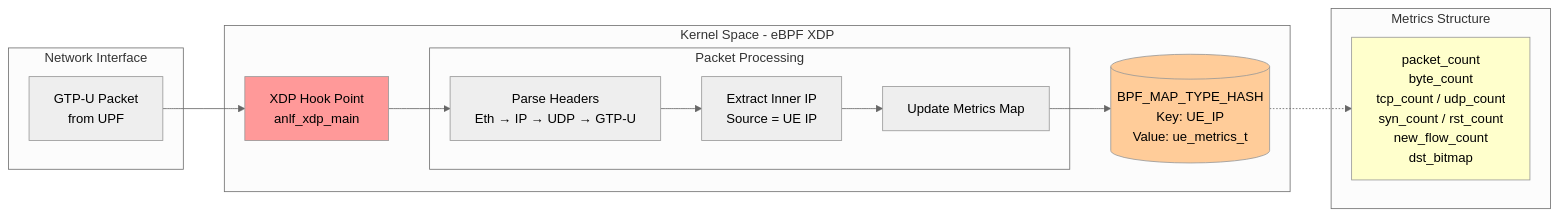
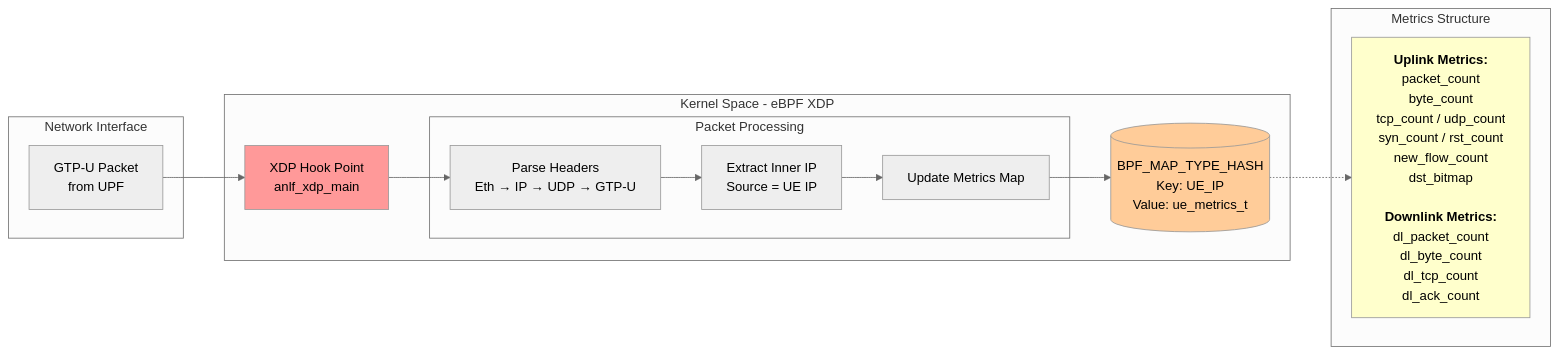
The third of 8 diagrams in docs/architecture.md (ian-cs12-NYCU/AnLF), drawn with Mermaid before and after one commit. The commit also changed other lines of this file and 17 other files, not shown here.

````diff
--- a/docs/architecture.md
+++ b/docs/architecture.md
@@ -188,34 +188,34 @@
 ```mermaid
 %%{init: {'theme':'neutral'}}%%
 graph LR
     subgraph "Network Interface"
         Packet[GTP-U Packet<br/>from UPF]
     end
     
     subgraph "Kernel Space - eBPF XDP"
         XDP[XDP Hook Point<br/>anlf_xdp_main]
         
         subgraph "Packet Processing"
             Parse[Parse Headers<br/>Eth → IP → UDP → GTP-U]
             Extract[Extract Inner IP<br/>Source = UE IP]
             Update[Update Metrics Map]
         end
         
         Map[(BPF_MAP_TYPE_HASH<br/>Key: UE_IP<br/>Value: ue_metrics_t)]
     end
     
     subgraph "Metrics Structure"
-        Metrics["packet_count<br/>byte_count<br/>tcp_count / udp_count<br/>syn_count / rst_count<br/>new_flow_count<br/>dst_bitmap"]
+        Metrics["<b>Uplink Metrics:</b><br/>packet_count<br/>byte_count<br/>tcp_count / udp_count<br/>syn_count / rst_count<br/>new_flow_count<br/>dst_bitmap<br/><br/><b>Downlink Metrics:</b><br/>dl_packet_count<br/>dl_byte_count<br/>dl_tcp_count<br/>dl_ack_count"]
     end
     
     Packet --> XDP
     XDP --> Parse
     Parse --> Extract
     Extract --> Update
     Update --> Map
     Map -.-> Metrics
     
     style XDP fill:#ff9999
     style Map fill:#ffcc99
     style Metrics fill:#ffffcc
 ```
````
